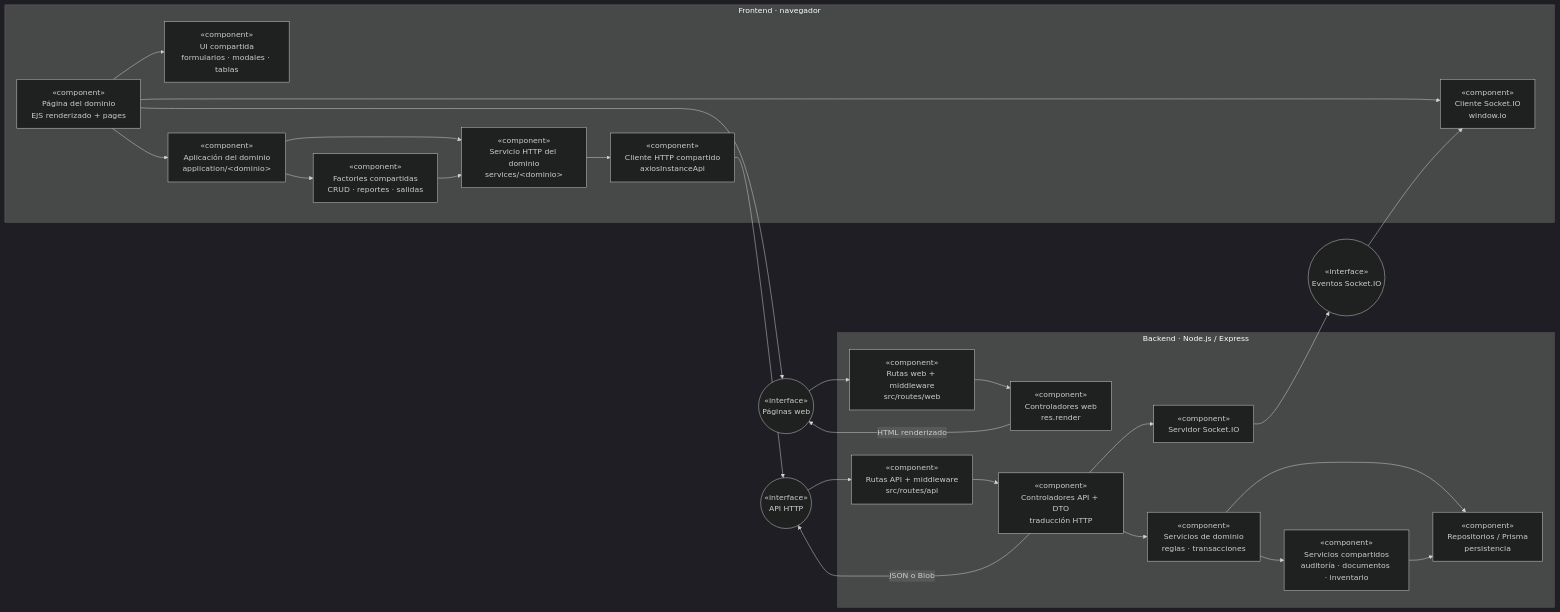
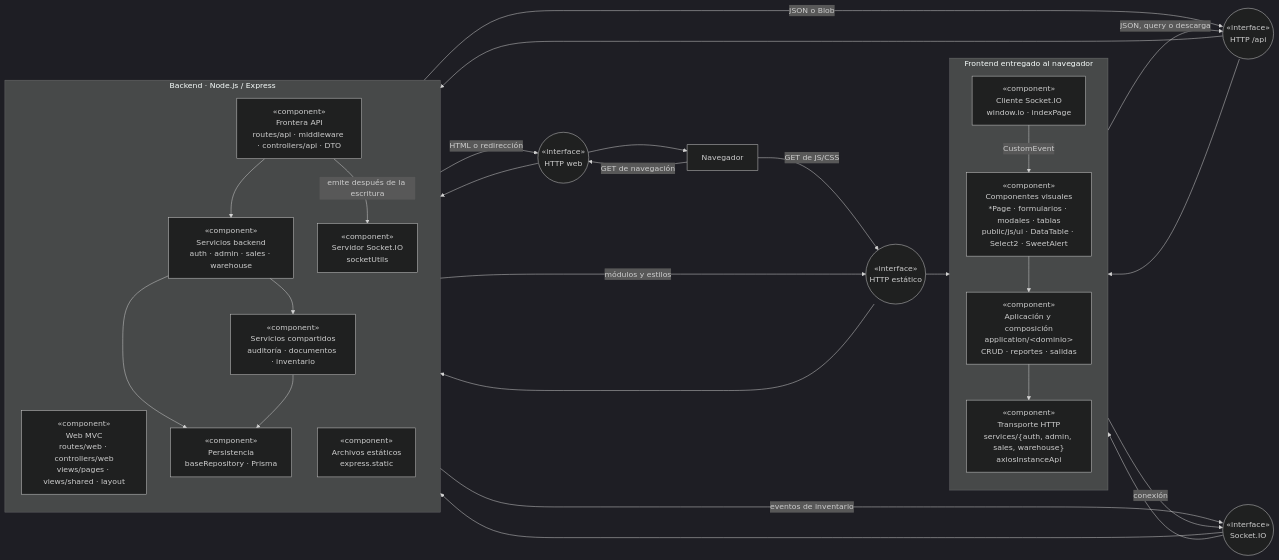
One commit to gpgsistemas01/nexus changed the diagram in docs/architecture/views/logical/01-components-and-reuse.md. Above: the diagram before and after it, drawn with Mermaid (dark theme). The commit also changed other lines of this file and 43 other files, not shown here.

````diff
--- a/docs/architecture/views/logical/01-components-and-reuse.md
+++ b/docs/architecture/views/logical/01-components-and-reuse.md
@@ -17,49 +9,46 @@
 ```mermaid
 flowchart LR
-    subgraph browser["Frontend · navegador"]
-        page["«component»<br/>Página del dominio<br/>EJS renderizado + pages"]
-        ui["«component»<br/>UI compartida<br/>formularios · modales · tablas"]
-        app["«component»<br/>Aplicación del dominio<br/>application/&lt;dominio&gt;"]
-        factories["«component»<br/>Factories compartidas<br/>CRUD · reportes · salidas"]
-        request["«component»<br/>Servicio HTTP del dominio<br/>services/&lt;dominio&gt;"]
-        http["«component»<br/>Cliente HTTP compartido<br/>axiosInstanceApi"]
-        socketClient["«component»<br/>Cliente Socket.IO<br/>window.io"]
+    browser["Navegador"]
 
-        page --> ui
-        page --> app
-        app --> factories
-        app --> request
-        factories --> request
-        request --> http
-        page --> socketClient
+    subgraph frontend["Frontend entregado al navegador"]
+        direction TB
+        visual["«component»<br/>Componentes visuales<br/>*Page · formularios · modales · tablas<br/>public/js/ui · DataTable · Select2 · SweetAlert"]
+        application["«component»<br/>Aplicación y composición<br/>application/&lt;dominio&gt;<br/>CRUD · reportes · salidas"]
+        http["«component»<br/>Transporte HTTP<br/>services/{auth, admin, sales, warehouse}<br/>axiosInstanceApi"]
+        socketClient["«component»<br/>Cliente Socket.IO<br/>window.io · indexPage"]
+
+        visual --> application --> http
+        socketClient -->|"CustomEvent"| visual
     end
 
+    webInterface(("«interface»<br/>HTTP web"))
+    staticInterface(("«interface»<br/>HTTP estático"))
+    apiInterface(("«interface»<br/>HTTP /api"))
+    eventInterface(("«interface»<br/>Socket.IO"))
+
     subgraph server["Backend · Node.js / Express"]
-        webRoutes["«component»<br/>Rutas web + middleware<br/>src/routes/web"]
-        webControllers["«component»<br/>Controladores web<br/>res.render"]
-        apiRoutes["«component»<br/>Rutas API + middleware<br/>src/routes/api"]
-        apiControllers["«component»<br/>Controladores API + DTO<br/>traducción HTTP"]
-        services["«component»<br/>Servicios de dominio<br/>reglas · transacciones"]
+        direction TB
+        web["«component»<br/>Web MVC<br/>routes/web · controllers/web<br/>views/pages · views/shared · layout"]
+        static["«component»<br/>Archivos estáticos<br/>express.static"]
+        api["«component»<br/>Frontera API<br/>routes/api · middleware · controllers/api · DTO"]
+        domain["«component»<br/>Servicios backend<br/>auth · admin · sales · warehouse"]
         shared["«component»<br/>Servicios compartidos<br/>auditoría · documentos · inventario"]
-        realtime["«component»<br/>Servidor Socket.IO"]
-        repository["«component»<br/>Repositorios / Prisma<br/>persistencia"]
+        persistence["«component»<br/>Persistencia<br/>baseRepository · Prisma"]
+        realtime["«component»<br/>Servidor Socket.IO<br/>socketUtils"]
 
-        webRoutes --> webControllers
-        apiRoutes --> apiControllers
-        apiControllers --> services
-        services --> shared
-        services --> repository
-        shared --> repository
-        apiControllers --> realtime
+        api --> domain
+        domain --> shared
+        domain --> persistence
+        shared --> persistence
+        api -->|"emite después de la escritura"| realtime
     end
 
-    webInterface(("«interface»<br/>Páginas web"))
-    apiInterface(("«interface»<br/>API HTTP"))
-    eventInterface(("«interface»<br/>Eventos Socket.IO"))
-
-    page --> webInterface --> webRoutes
-    webControllers -->|"HTML renderizado"| webInterface
-    http --> apiInterface --> apiRoutes
-    apiControllers -->|"JSON o Blob"| apiInterface
-    realtime --> eventInterface --> socketClient
+    browser -->|"GET de navegación"| webInterface --> web
+    web -->|"HTML o redirección"| webInterface --> browser
+    browser -->|"GET de JS/CSS"| staticInterface --> static
+    static -->|"módulos y estilos"| staticInterface --> visual
+    http -->|"JSON, query o descarga"| apiInterface --> api
+    api -->|"JSON o Blob"| apiInterface --> http
+    socketClient -->|"conexión"| eventInterface --> realtime
+    realtime -->|"eventos de inventario"| eventInterface --> socketClient
 ```
````
